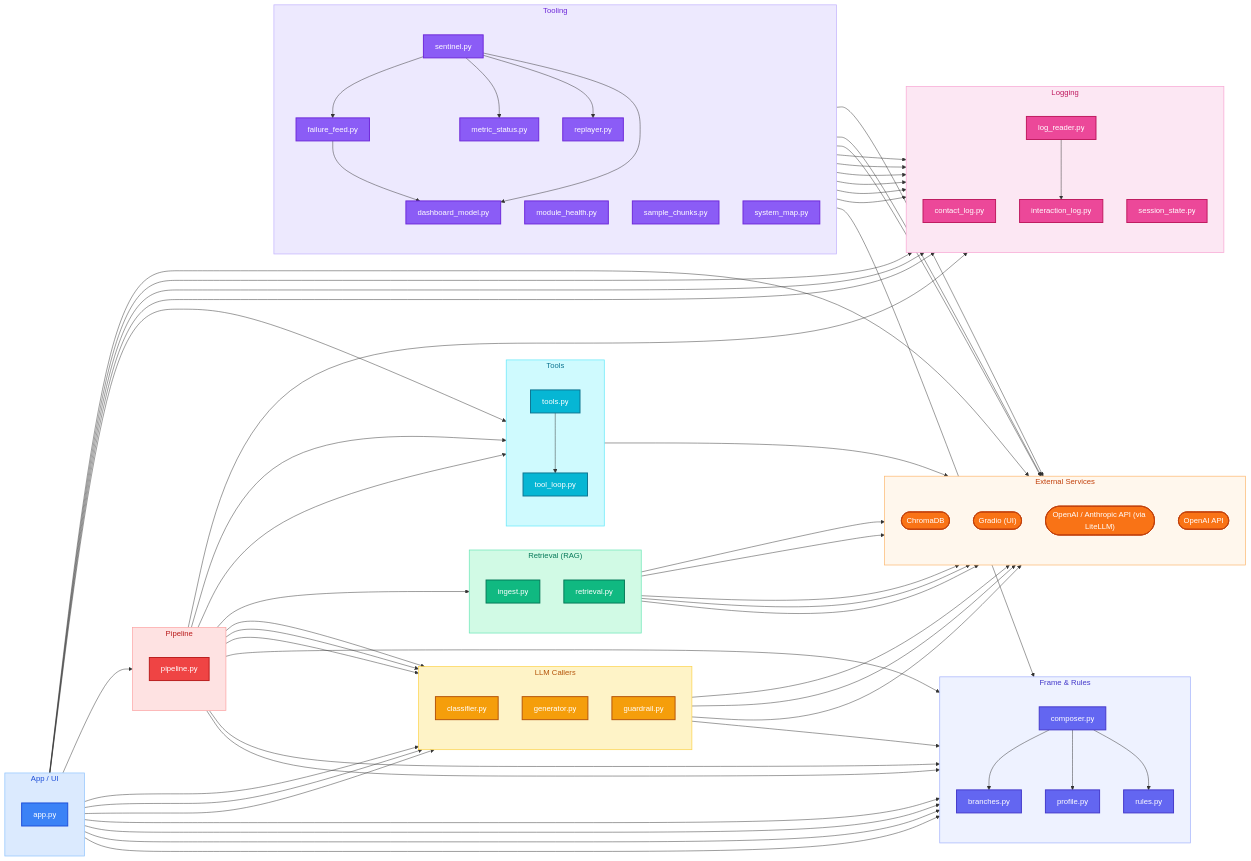
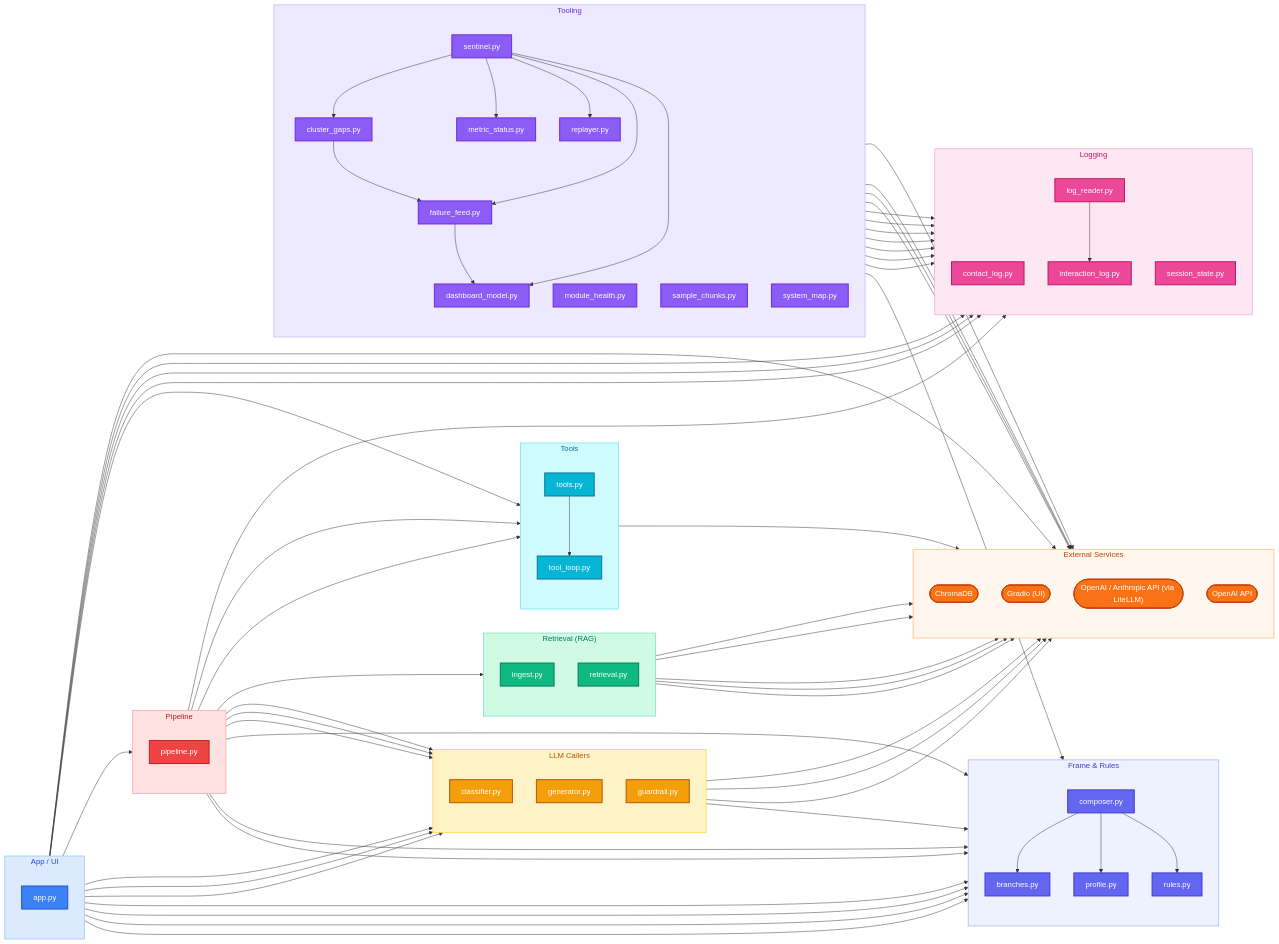
Before and after one commit to AlejandroFuentePinero/digital-twin: the second of 2 diagrams in docs/MAP.md, drawn with Mermaid. The commit also changed other lines of this file and 7 other files, not shown here.

```diff
--- a/docs/MAP.md
+++ b/docs/MAP.md
@@ -136,6 +136,7 @@
 
   subgraph sg_tooling["Tooling"]
     direction TB
+    cluster_gaps["cluster_gaps.py"]:::tooling
     dashboard_model["dashboard_model.py"]:::tooling
     failure_feed["failure_feed.py"]:::tooling
     metric_status["metric_status.py"]:::tooling
@@ -166,6 +167,8 @@
   app --> rules
   app --> session_state
   app --> tools
+  cluster_gaps --> failure_feed
+  cluster_gaps --> interaction_log
   composer --> branches
   composer --> profile
   composer --> rules
@@ -187,6 +190,7 @@
   replayer --> interaction_log
   replayer --> log_reader
   sentinel --> branches
+  sentinel --> cluster_gaps
   sentinel --> dashboard_model
   sentinel --> failure_feed
   sentinel --> interaction_log
@@ -196,6 +200,7 @@
   tools --> tool_loop
   app --> ext_Gradio__UI_
   classifier --> ext_OpenAI___Anthropic_API__via_LiteLLM_
+  cluster_gaps --> ext_OpenAI___Anthropic_API__via_LiteLLM_
   generator --> ext_OpenAI___Anthropic_API__via_LiteLLM_
   guardrail --> ext_OpenAI___Anthropic_API__via_LiteLLM_
   ingest --> ext_ChromaDB
```
